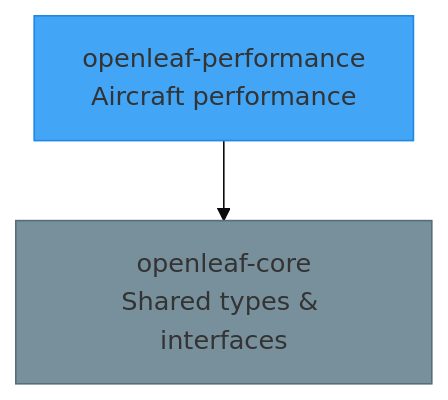
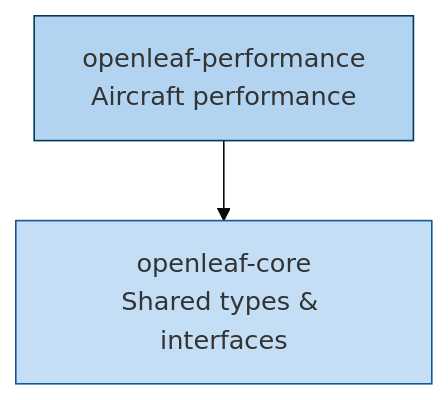
The diagram in docs/packages/index.md (eurocontrol-asu/openleaf), drawn with Mermaid (base theme) before and after one commit. The commit also changed other lines of this file and 14 other files, not shown here.

````diff
--- a/docs/packages/index.md
+++ b/docs/packages/index.md
@@ -22,8 +32,8 @@
 ```mermaid
 graph TD
-    classDef perf fill:#42A5F5,stroke:#1E88E5
-    classDef core fill:#78909C,stroke:#546E7A
+    classDef perf fill:#B3D4F0,stroke:#023961
+    classDef core fill:#C4DFF5,stroke:#15588F
 
-    PERF["openleaf-performance\nAircraft performance"]:::perf --> CORE
-    CORE["openleaf-core\nShared types & interfaces"]:::core
+    PERF["openleaf-performance<br/>Aircraft performance"]:::perf --> CORE
+    CORE["openleaf-core<br/>Shared types & interfaces"]:::core
 ```
````
